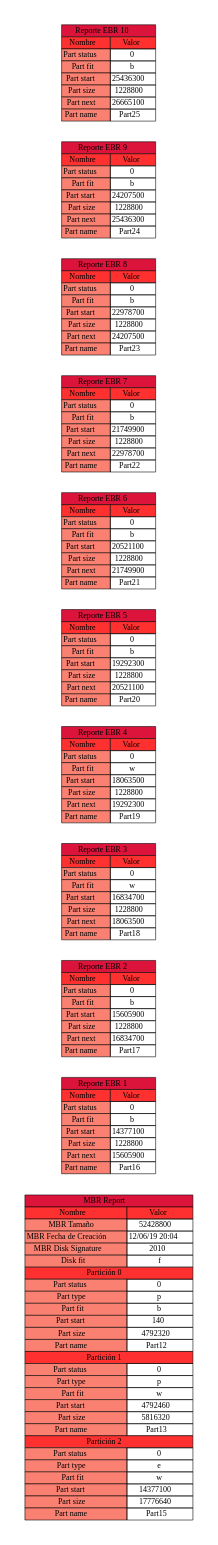
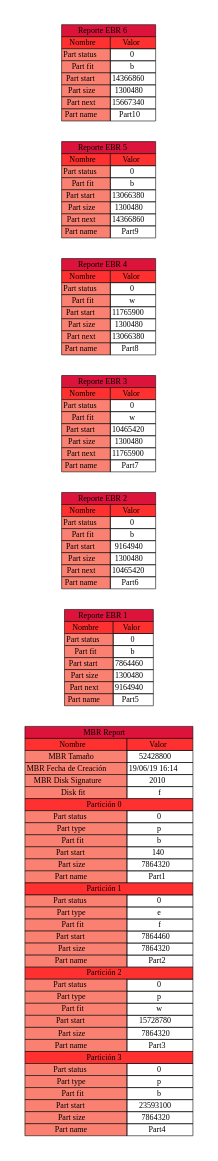
Before and after one commit to MacoChave/DiskParted: the diagram in mbr_report.dot, drawn with Graphviz. The commit also changed 21 other files, not shown here.

```diff
--- a/mbr_report.dot
+++ b/mbr_report.dot
@@ -17,7 +17,7 @@
 			</tr>
 			<tr>
 				<td bgcolor="salmon">MBR Fecha de Creación</td>
-				<td>12/06/19 20:04</td>
+				<td>19/06/19 16:14</td>
 			</tr>
 			<tr>
 				<td bgcolor="salmon">MBR Disk Signature</td>
@@ -48,14 +48,41 @@
 			</tr>
 			<tr>
 				<td bgcolor="salmon">Part size</td>
-				<td>4792320</td>
+				<td>7864320</td>
 			</tr>
 			<tr>
 				<td bgcolor="salmon">Part name</td>
-				<td>Part12</td>
+				<td>Part1</td>
 			</tr>
 			<tr>
 				<td bgcolor="firebrick1" colspan="2">Partición 1</td>
+			</tr>
+			<tr>
+				<td bgcolor="salmon">Part status</td>
+				<td>0</td>
+			</tr>
+			<tr>
+				<td bgcolor="salmon">Part type</td>
+				<td>e</td>
+			</tr>
+			<tr>
+				<td bgcolor="salmon">Part fit</td>
+				<td>f</td>
+			</tr>
+			<tr>
+				<td bgcolor="salmon">Part start</td>
+				<td>7864460</td>
+			</tr>
+			<tr>
+				<td bgcolor="salmon">Part size</td>
+				<td>7864320</td>
+			</tr>
+			<tr>
+				<td bgcolor="salmon">Part name</td>
+				<td>Part2</td>
+			</tr>
+			<tr>
+				<td bgcolor="firebrick1" colspan="2">Partición 2</td>
 			</tr>
 			<tr>
 				<td bgcolor="salmon">Part status</td>
@@ -71,18 +98,18 @@
 			</tr>
 			<tr>
 				<td bgcolor="salmon">Part start</td>
-				<td>4792460</td>
+				<td>15728780</td>
 			</tr>
 			<tr>
 				<td bgcolor="salmon">Part size</td>
-				<td>5816320</td>
+				<td>7864320</td>
 			</tr>
 			<tr>
 				<td bgcolor="salmon">Part name</td>
-				<td>Part13</td>
+				<td>Part3</td>
 			</tr>
 			<tr>
-				<td bgcolor="firebrick1" colspan="2">Partición 2</td>
+				<td bgcolor="firebrick1" colspan="2">Partición 3</td>
 			</tr>
 			<tr>
 				<td bgcolor="salmon">Part status</td>
@@ -90,23 +117,23 @@
 			</tr>
 			<tr>
 				<td bgcolor="salmon">Part type</td>
-				<td>e</td>
+				<td>p</td>
 			</tr>
 			<tr>
 				<td bgcolor="salmon">Part fit</td>
-				<td>w</td>
+				<td>b</td>
 			</tr>
 			<tr>
 				<td bgcolor="salmon">Part start</td>
-				<td>14377100</td>
+				<td>23593100</td>
 			</tr>
 			<tr>
 				<td bgcolor="salmon">Part size</td>
-				<td>17776640</td>
+				<td>7864320</td>
 			</tr>
 			<tr>
 				<td bgcolor="salmon">Part name</td>
-				<td>Part15</td>
+				<td>Part4</td>
 			</tr>
 		</table>
 	>]
@@ -129,19 +156,19 @@
 			</tr>
 			<tr>
 				<td bgcolor="salmon">Part start</td>
-				<td>14377100</td>
+				<td>7864460</td>
 			</tr>
 			<tr>
 				<td bgcolor="salmon">Part size</td>
-				<td>1228800</td>
+				<td>1300480</td>
 			</tr>
 			<tr>
 				<td bgcolor="salmon">Part next</td>
-				<td>15605900</td>
+				<td>9164940</td>
 			</tr>
 			<tr>
 				<td bgcolor="salmon">Part name</td>
-				<td>Part16</td>
+				<td>Part5</td>
 			</tr>
 		</table>
 	>]
@@ -164,19 +191,19 @@
 			</tr>
 			<tr>
 				<td bgcolor="salmon">Part start</td>
-				<td>15605900</td>
+				<td>9164940</td>
 			</tr>
 			<tr>
 				<td bgcolor="salmon">Part size</td>
-				<td>1228800</td>
+				<td>1300480</td>
 			</tr>
 			<tr>
 				<td bgcolor="salmon">Part next</td>
-				<td>16834700</td>
+				<td>10465420</td>
 			</tr>
 			<tr>
 				<td bgcolor="salmon">Part name</td>
-				<td>Part17</td>
+				<td>Part6</td>
 			</tr>
 		</table>
 	>]
@@ -199,19 +226,19 @@
 			</tr>
 			<tr>
 				<td bgcolor="salmon">Part start</td>
-				<td>16834700</td>
+				<td>10465420</td>
 			</tr>
 			<tr>
 				<td bgcolor="salmon">Part size</td>
-				<td>1228800</td>
+				<td>1300480</td>
 			</tr>
 			<tr>
 				<td bgcolor="salmon">Part next</td>
-				<td>18063500</td>
+				<td>11765900</td>
 			</tr>
 			<tr>
 				<td bgcolor="salmon">Part name</td>
-				<td>Part18</td>
+				<td>Part7</td>
 			</tr>
 		</table>
 	>]
@@ -234,19 +261,19 @@
 			</tr>
 			<tr>
 				<td bgcolor="salmon">Part start</td>
-				<td>18063500</td>
+				<td>11765900</td>
 			</tr>
 			<tr>
 				<td bgcolor="salmon">Part size</td>
-				<td>1228800</td>
+				<td>1300480</td>
 			</tr>
 			<tr>
 				<td bgcolor="salmon">Part next</td>
-				<td>19292300</td>
+				<td>13066380</td>
 			</tr>
 			<tr>
 				<td bgcolor="salmon">Part name</td>
-				<td>Part19</td>
+				<td>Part8</td>
 			</tr>
 		</table>
 	>]
@@ -269,19 +296,19 @@
 			</tr>
 			<tr>
 				<td bgcolor="salmon">Part start</td>
-				<td>19292300</td>
+				<td>13066380</td>
 			</tr>
 			<tr>
 				<td bgcolor="salmon">Part size</td>
-				<td>1228800</td>
+				<td>1300480</td>
 			</tr>
 			<tr>
 				<td bgcolor="salmon">Part next</td>
-				<td>20521100</td>
+				<td>14366860</td>
 			</tr>
 			<tr>
 				<td bgcolor="salmon">Part name</td>
-				<td>Part20</td>
+				<td>Part9</td>
 			</tr>
 		</table>
 	>]
@@ -304,159 +331,19 @@
 			</tr>
 			<tr>
 				<td bgcolor="salmon">Part start</td>
-				<td>20521100</td>
+				<td>14366860</td>
 			</tr>
 			<tr>
 				<td bgcolor="salmon">Part size</td>
-				<td>1228800</td>
+				<td>1300480</td>
 			</tr>
 			<tr>
 				<td bgcolor="salmon">Part next</td>
-				<td>21749900</td>
+				<td>15667340</td>
 			</tr>
 			<tr>
 				<td bgcolor="salmon">Part name</td>
-				<td>Part21</td>
-			</tr>
-		</table>
-	>]
-	EBR7 [label=<
-		<table border="0" cellborder="1" cellspacing="0">
-			<tr>
-				<td bgcolor="crimson" colspan="2">Reporte EBR 7</td>
-			</tr>
-			<tr>
-				<td bgcolor="firebrick1">Nombre</td>
-				<td bgcolor="firebrick1">Valor</td>
-			</tr>
-			<tr>
-				<td bgcolor="salmon">Part status</td>
-				<td>0</td>
-			</tr>
-			<tr>
-				<td bgcolor="salmon">Part fit</td>
-				<td>b</td>
-			</tr>
-			<tr>
-				<td bgcolor="salmon">Part start</td>
-				<td>21749900</td>
-			</tr>
-			<tr>
-				<td bgcolor="salmon">Part size</td>
-				<td>1228800</td>
-			</tr>
-			<tr>
-				<td bgcolor="salmon">Part next</td>
-				<td>22978700</td>
-			</tr>
-			<tr>
-				<td bgcolor="salmon">Part name</td>
-				<td>Part22</td>
-			</tr>
-		</table>
-	>]
-	EBR8 [label=<
-		<table border="0" cellborder="1" cellspacing="0">
-			<tr>
-				<td bgcolor="crimson" colspan="2">Reporte EBR 8</td>
-			</tr>
-			<tr>
-				<td bgcolor="firebrick1">Nombre</td>
-				<td bgcolor="firebrick1">Valor</td>
-			</tr>
-			<tr>
-				<td bgcolor="salmon">Part status</td>
-				<td>0</td>
-			</tr>
-			<tr>
-				<td bgcolor="salmon">Part fit</td>
-				<td>b</td>
-			</tr>
-			<tr>
-				<td bgcolor="salmon">Part start</td>
-				<td>22978700</td>
-			</tr>
-			<tr>
-				<td bgcolor="salmon">Part size</td>
-				<td>1228800</td>
-			</tr>
-			<tr>
-				<td bgcolor="salmon">Part next</td>
-				<td>24207500</td>
-			</tr>
-			<tr>
-				<td bgcolor="salmon">Part name</td>
-				<td>Part23</td>
-			</tr>
-		</table>
-	>]
-	EBR9 [label=<
-		<table border="0" cellborder="1" cellspacing="0">
-			<tr>
-				<td bgcolor="crimson" colspan="2">Reporte EBR 9</td>
-			</tr>
-			<tr>
-				<td bgcolor="firebrick1">Nombre</td>
-				<td bgcolor="firebrick1">Valor</td>
-			</tr>
-			<tr>
-				<td bgcolor="salmon">Part status</td>
-				<td>0</td>
-			</tr>
-			<tr>
-				<td bgcolor="salmon">Part fit</td>
-				<td>b</td>
-			</tr>
-			<tr>
-				<td bgcolor="salmon">Part start</td>
-				<td>24207500</td>
-			</tr>
-			<tr>
-				<td bgcolor="salmon">Part size</td>
-				<td>1228800</td>
-			</tr>
-			<tr>
-				<td bgcolor="salmon">Part next</td>
-				<td>25436300</td>
-			</tr>
-			<tr>
-				<td bgcolor="salmon">Part name</td>
-				<td>Part24</td>
-			</tr>
-		</table>
-	>]
-	EBR10 [label=<
-		<table border="0" cellborder="1" cellspacing="0">
-			<tr>
-				<td bgcolor="crimson" colspan="2">Reporte EBR 10</td>
-			</tr>
-			<tr>
-				<td bgcolor="firebrick1">Nombre</td>
-				<td bgcolor="firebrick1">Valor</td>
-			</tr>
-			<tr>
-				<td bgcolor="salmon">Part status</td>
-				<td>0</td>
-			</tr>
-			<tr>
-				<td bgcolor="salmon">Part fit</td>
-				<td>b</td>
-			</tr>
-			<tr>
-				<td bgcolor="salmon">Part start</td>
-				<td>25436300</td>
-			</tr>
-			<tr>
-				<td bgcolor="salmon">Part size</td>
-				<td>1228800</td>
-			</tr>
-			<tr>
-				<td bgcolor="salmon">Part next</td>
-				<td>26665100</td>
-			</tr>
-			<tr>
-				<td bgcolor="salmon">Part name</td>
-				<td>Part25</td>
+				<td>Part10</td>
 			</tr>
 		</table>
 	>]
```
